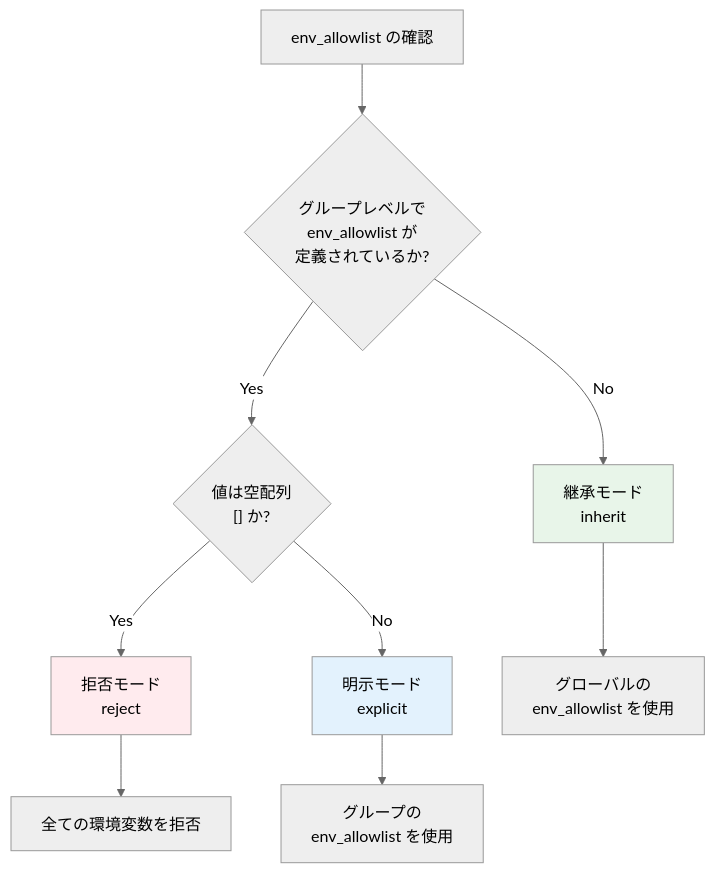
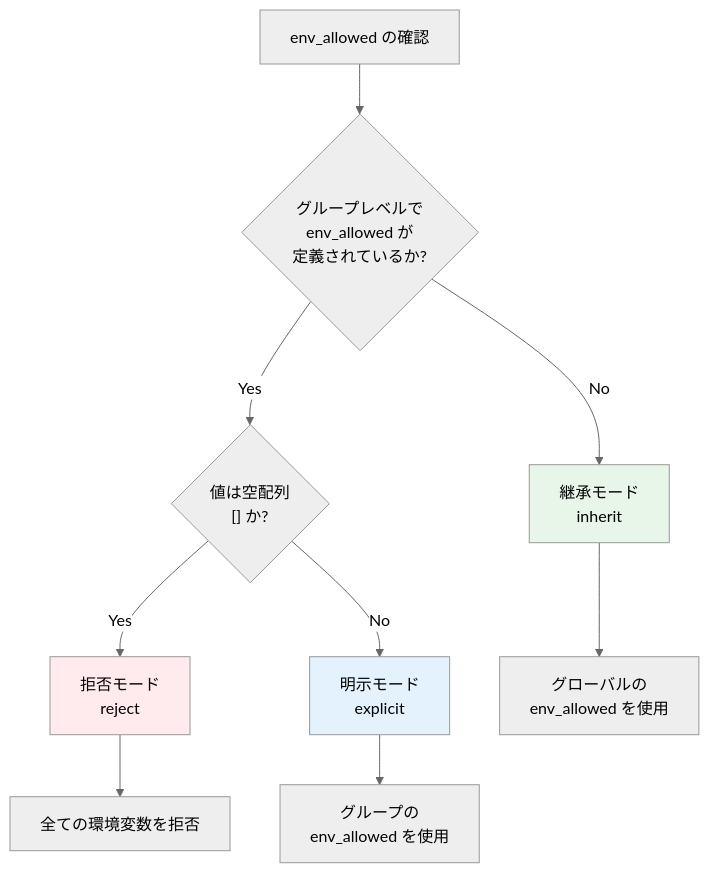
Before and after one commit to isseis/go-safe-cmd-runner: the diagram in docs/user/toml_config/05_group_level.ja.md, drawn with Mermaid (neutral theme). The commit also changed other lines of this file and 30 other files, not shown here.

````diff
--- a/docs/user/toml_config/05_group_level.ja.md
+++ b/docs/user/toml_config/05_group_level.ja.md
@@ -1056,16 +1056,16 @@
 ```mermaid
 flowchart TD
-    A["env_allowlist の確認"] --> B{"グループレベルで<br/>env_allowlist が<br/>定義されているか?"}
+    A["env_allowed の確認"] --> B{"グループレベルで<br/>env_allowed が<br/>定義されているか?"}
     B -->|No| C["継承モード<br/>inherit"]
     B -->|Yes| D{"値は空配列<br/>[] か?"}
     D -->|Yes| E["拒否モード<br/>reject"]
     D -->|No| F["明示モード<br/>explicit"]
 
-    C --> G["グローバルの<br/>env_allowlist を使用"]
+    C --> G["グローバルの<br/>env_allowed を使用"]
     E --> H["全ての環境変数を拒否"]
-    F --> I["グループの<br/>env_allowlist を使用"]
+    F --> I["グループの<br/>env_allowed を使用"]
 
     style C fill:#e8f5e9
     style E fill:#ffebee
     style F fill:#e3f2fd
 ```
````
